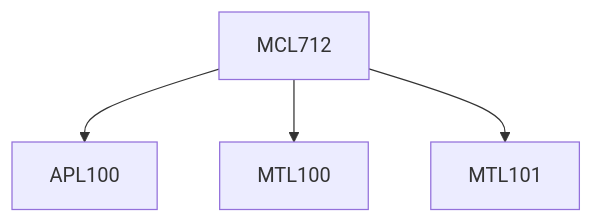
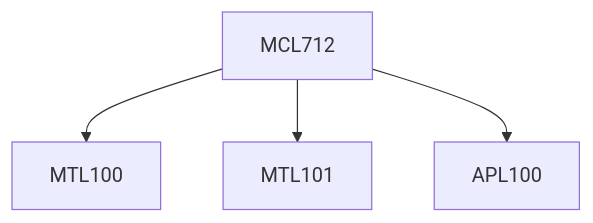
One commit to KeshavBansal0122/CoS_Website changed the diagram in content/Mechanical Engineering/MCL712.md. Above: the diagram before and after it, drawn with Mermaid. The commit also changed other lines of this file and 2662 other files, not shown here.

````diff
--- a/content/Mechanical Engineering/MCL712.md
+++ b/content/Mechanical Engineering/MCL712.md
@@ -13,10 +13,10 @@
 ```mermaid
 flowchart TD
 MCL712-1452[MCL712]
-MCL712-1452 --> APL100-1452[APL100]
 MCL712-1452 --> MTL100-1452[MTL100]
 MCL712-1452 --> MTL101-1452[MTL101]
+MCL712-1452 --> APL100-1452[APL100]
 
 classDef empty height:17px, fill:transparent, stroke:transparent;
 classDef trueEmpty height:0px, width:0px;
 ```
````
